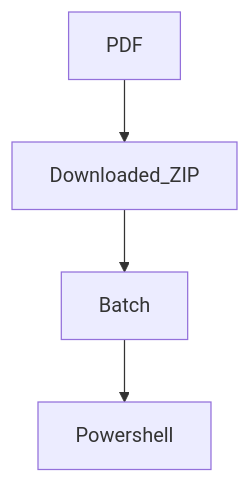
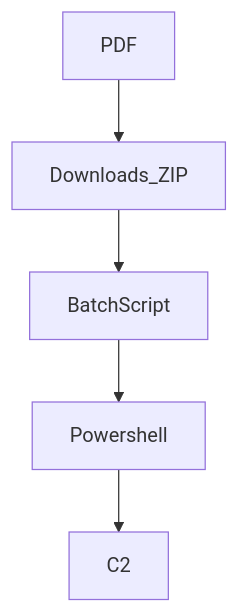
Before and after one commit to SrujanKumar-K/Blogpost: the diagram in README.md, drawn with Mermaid. The commit also changed other lines of this file, not shown here.

````diff
--- a/README.md
+++ b/README.md
@@ -8,6 +15,5 @@
 ```mermaid
 graph TD;
-   PDF-->Downloaded_ZIP;
-   Downloaded_ZIP-->Batch;
-   Batch-->Powershell;
+   PDF --> Downloads_ZIP --> BatchScript --> Powershell --> C2;
+
 ```
````
